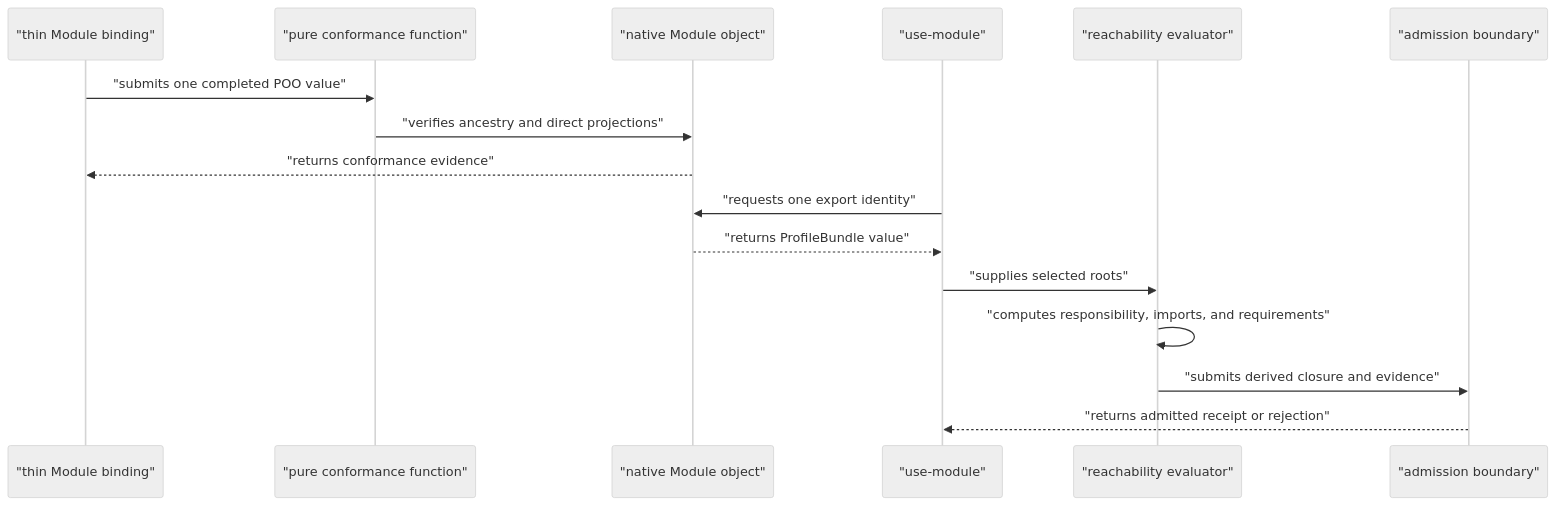
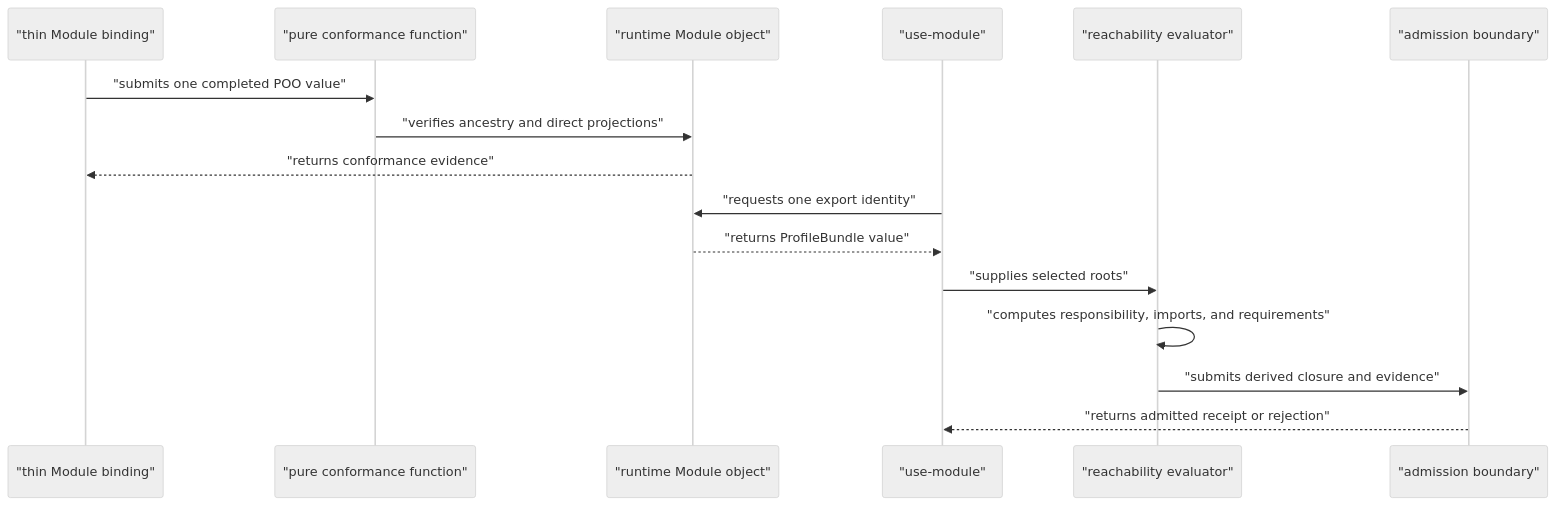
Before and after one commit to tao3k/gebril-yuanxu: the second of 2 diagrams in module-system/design/45-99-module-domain-prototype-minimal-projection-and-derived-closure-contract.org, drawn with Mermaid (neutral theme). The commit also changed other lines of this file and 1469 other files, not shown here.

First line of the commit message:
refactor: consolidate module runtime and build interfaces

```diff
--- a/module-system/design/45-99-module-domain-prototype-minimal-projection-and-derived-closure-contract.org
+++ b/module-system/design/45-99-module-domain-prototype-minimal-projection-and-derived-closure-contract.org
@@ -391,19 +391,19 @@
 #+begin_src mermaid
 sequenceDiagram
   participant Bind as "thin Module binding"
   participant Check as "pure conformance function"
-  participant Module as "native Module object"
+  participant Module as "runtime Module object"
   participant Select as "use-module"
   participant Derive as "reachability evaluator"
   participant Admit as "admission boundary"
 
   Bind->>Check: "submits one completed POO value"
   Check->>Module: "verifies ancestry and direct projections"
   Module-->>Bind: "returns conformance evidence"
   Select->>Module: "requests one export identity"
   Module-->>Select: "returns ProfileBundle value"
   Select->>Derive: "supplies selected roots"
   Derive->>Derive: "computes responsibility, imports, and requirements"
   Derive->>Admit: "submits derived closure and evidence"
   Admit-->>Select: "returns admitted receipt or rejection"
 #+end_src
```
